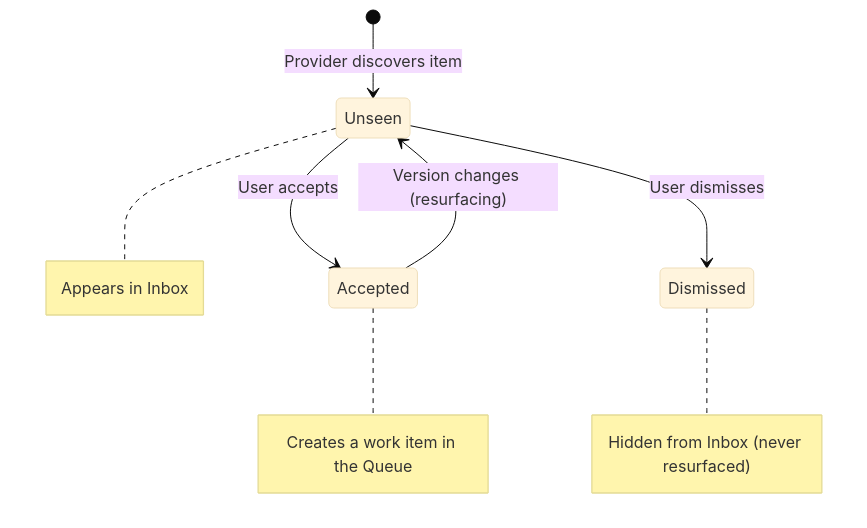
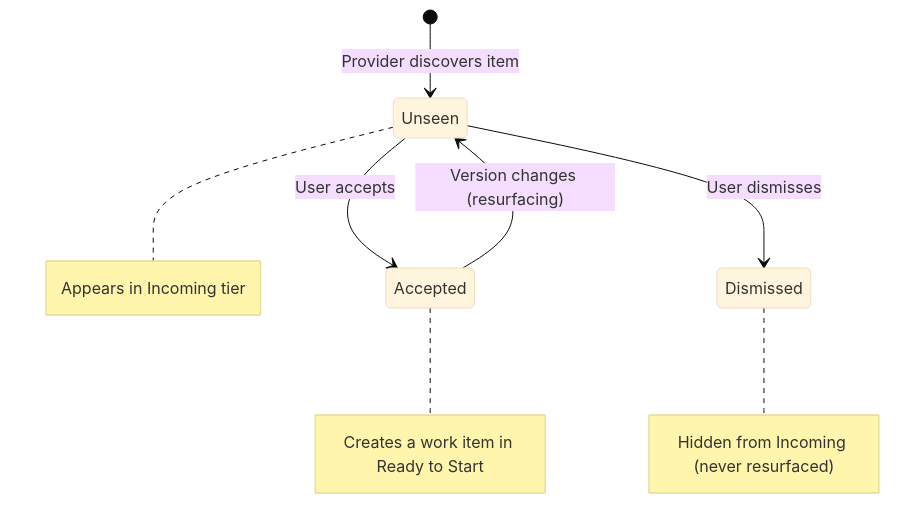
Before and after one commit to devdocket/devdocket: the second of 3 diagrams in docs/provider-discovery.md, drawn with Mermaid (base theme). The commit also changed other lines of this file and 10 other files, not shown here.

````diff
--- a/docs/provider-discovery.md
+++ b/docs/provider-discovery.md
@@ -246,13 +246,13 @@
 ```mermaid
 stateDiagram-v2
     [*] --> Unseen : Provider discovers item
 
     Unseen --> Accepted : User accepts
     Unseen --> Dismissed : User dismisses
 
     Accepted --> Unseen : Version changes (resurfacing)
 
-    note right of Unseen : Appears in Inbox
-    note right of Accepted : Creates a work item in the Queue
-    note right of Dismissed : Hidden from Inbox (never resurfaced)
+    note right of Unseen : Appears in Incoming tier
+    note right of Accepted : Creates a work item in Ready to Start
+    note right of Dismissed : Hidden from Incoming (never resurfaced)
 ```
````
